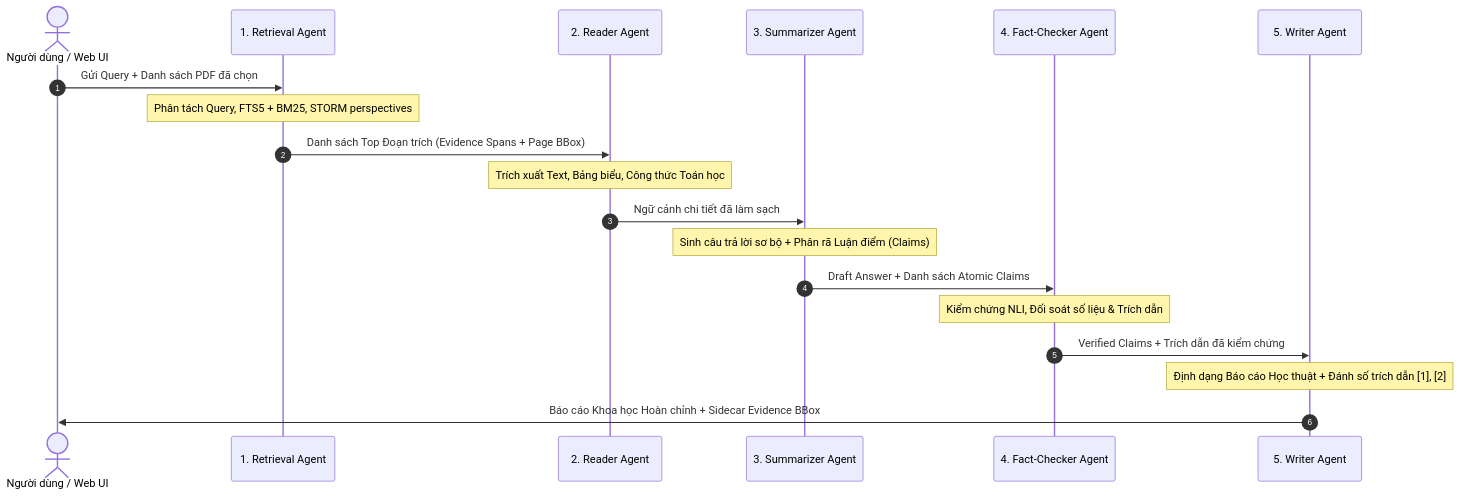
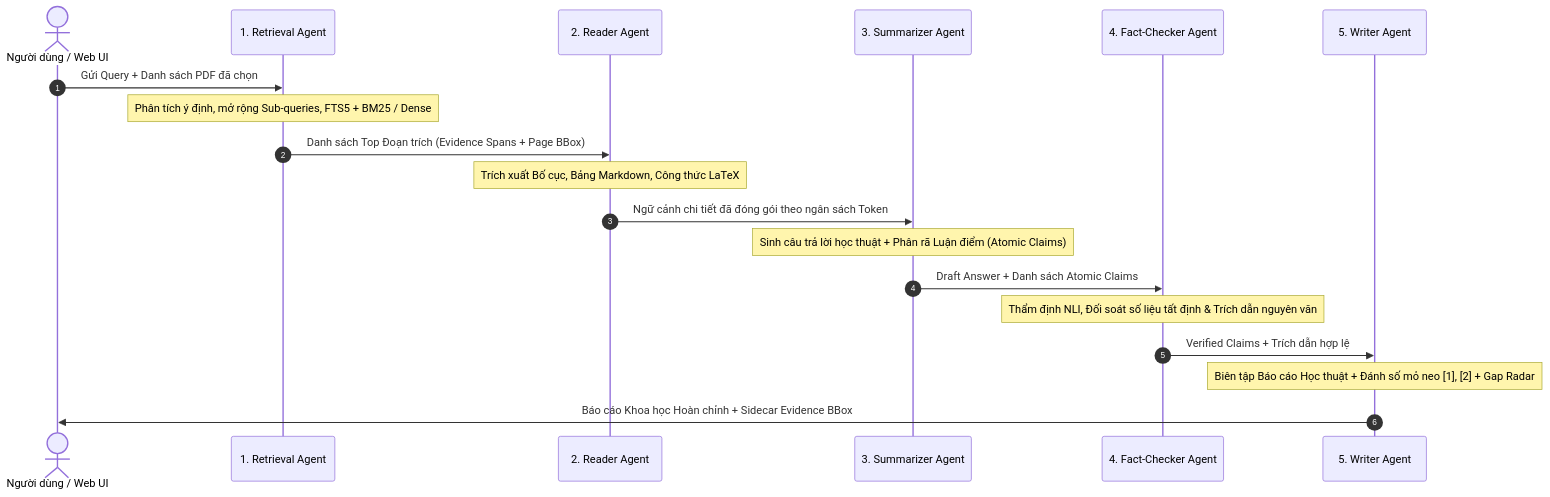
One commit to ducmanh-jr/Multi-Agent_RAG changed the second of 3 diagrams in README.md. Above: the diagram before and after it, drawn with Mermaid. The commit also changed other lines of this file and 19 other files, not shown here.

Commit message:
docs: standardize technical monographs and architecture documentation across 7 execution modes

````diff
--- a/README.md
+++ b/README.md
@@ -113,22 +115,22 @@
 ```mermaid
 sequenceDiagram
     autonumber
     actor User as Người dùng / Web UI
     participant R1 as 1. Retrieval Agent
     participant R2 as 2. Reader Agent
     participant R3 as 3. Summarizer Agent
     participant R4 as 4. Fact-Checker Agent
     participant R5 as 5. Writer Agent
 
     User->>R1: Gửi Query + Danh sách PDF đã chọn
-    Note over R1: Phân tách Query, FTS5 + BM25, STORM perspectives
+    Note over R1: Phân tích ý định, mở rộng Sub-queries, FTS5 + BM25 / Dense
     R1->>R2: Danh sách Top Đoạn trích (Evidence Spans + Page BBox)
-    Note over R2: Trích xuất Text, Bảng biểu, Công thức Toán học
-    R2->>R3: Ngữ cảnh chi tiết đã làm sạch
-    Note over R3: Sinh câu trả lời sơ bộ + Phân rã Luận điểm (Claims)
+    Note over R2: Trích xuất Bố cục, Bảng Markdown, Công thức LaTeX
+    R2->>R3: Ngữ cảnh chi tiết đã đóng gói theo ngân sách Token
+    Note over R3: Sinh câu trả lời học thuật + Phân rã Luận điểm (Atomic Claims)
     R3->>R4: Draft Answer + Danh sách Atomic Claims
-    Note over R4: Kiểm chứng NLI, Đối soát số liệu & Trích dẫn
-    R4->>R5: Verified Claims + Trích dẫn đã kiểm chứng
-    Note over R5: Định dạng Báo cáo Học thuật + Đánh số trích dẫn [1], [2]
+    Note over R4: Thẩm định NLI, Đối soát số liệu tất định & Trích dẫn nguyên văn
+    R4->>R5: Verified Claims + Trích dẫn hợp lệ
+    Note over R5: Biên tập Báo cáo Học thuật + Đánh số mỏ neo [1], [2] + Gap Radar
     R5->>User: Báo cáo Khoa học Hoàn chỉnh + Sidecar Evidence BBox
 ```
````
